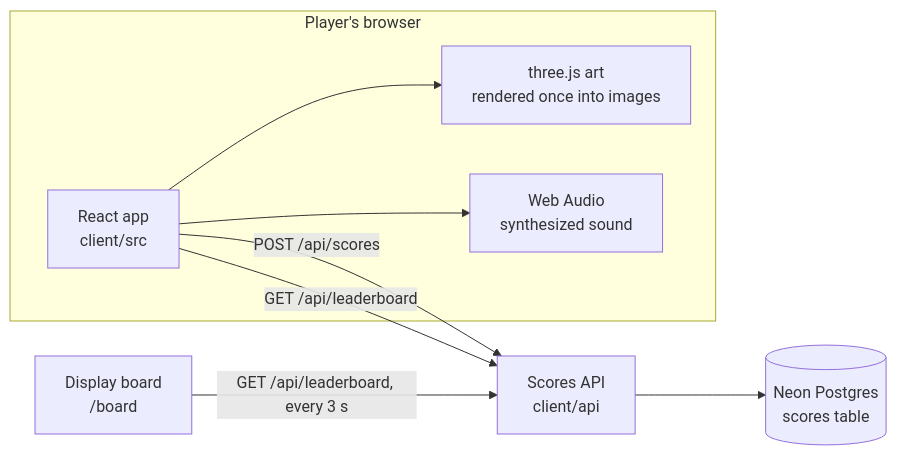
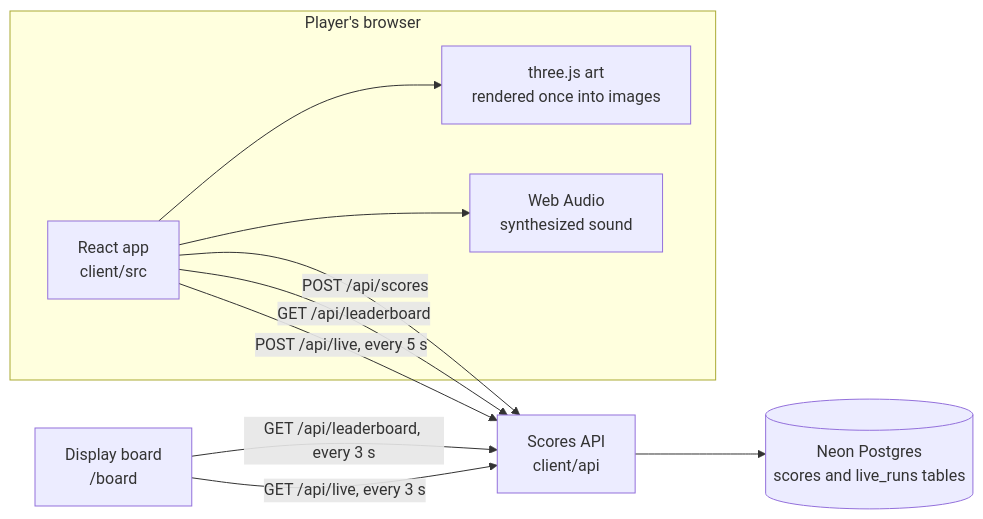
Before and after one commit to sriramvanga-cpu/all-alone-in-space: the first of 2 diagrams in docs/how-it-works.md, drawn with Mermaid. The commit also changed other lines of this file and 2 other files, not shown here.

Commit message:
Document the Playing now panel and its API

````diff
--- a/docs/how-it-works.md
+++ b/docs/how-it-works.md
@@ -7,17 +7,19 @@
 ```mermaid
 flowchart LR
   subgraph browser["Player's browser"]
     game["React app<br/>client/src"]
     art["three.js art<br/>rendered once into images"]
     sound["Web Audio<br/>synthesized sound"]
     game --> art
     game --> sound
   end
   board["Display board<br/>/board"]
   api["Scores API<br/>client/api"]
-  db[("Neon Postgres<br/>scores table")]
+  db[("Neon Postgres<br/>scores and live_runs tables")]
   game -- "POST /api/scores" --> api
   game -- "GET /api/leaderboard" --> api
   board -- "GET /api/leaderboard, every 3 s" --> api
+  game -- "POST /api/live, every 5 s" --> api
+  board -- "GET /api/live, every 3 s" --> api
   api --> db
 ```
````
